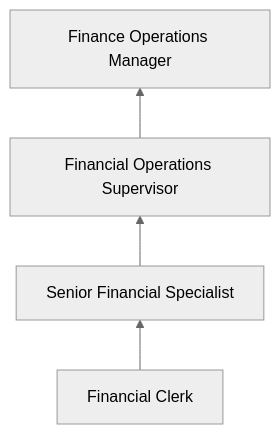
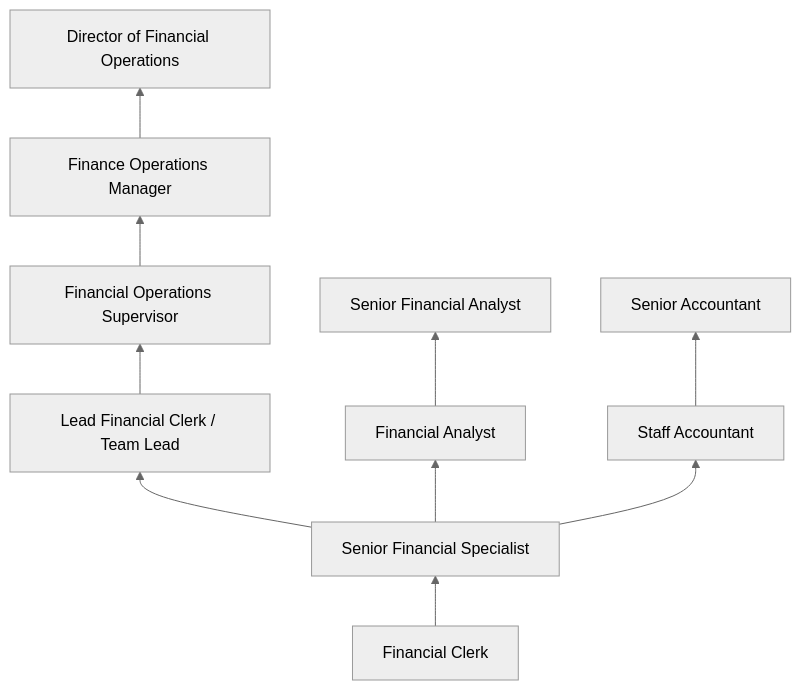
Before and after one commit to kziemski/business.org.ai: the third of 4 diagrams in occupations/Administrative/FinancialClerks.mdx, drawn with Mermaid (neutral theme). The commit also changed other lines of this file and 19 other files, not shown here.

````diff
--- a/occupations/Administrative/FinancialClerks.mdx
+++ b/occupations/Administrative/FinancialClerks.mdx
@@ -74,6 +136,14 @@
 ```mermaid
 graph BT
     Entry["Financial Clerk"] --> Mid["Senior Financial Specialist"]
-    Mid --> Supervisor["Financial Operations Supervisor"]
+    Mid --> Lead["Lead Financial Clerk / Team Lead"]
+    Lead --> Supervisor["Financial Operations Supervisor"]
     Supervisor --> Manager["Finance Operations Manager"]
+    Manager --> Director["Director of Financial Operations"]
+
+    Mid --> Analyst["Financial Analyst"]
+    Analyst --> SrAnalyst["Senior Financial Analyst"]
+
+    Mid --> Accountant["Staff Accountant"]
+    Accountant --> SrAccountant["Senior Accountant"]
 ```
````
